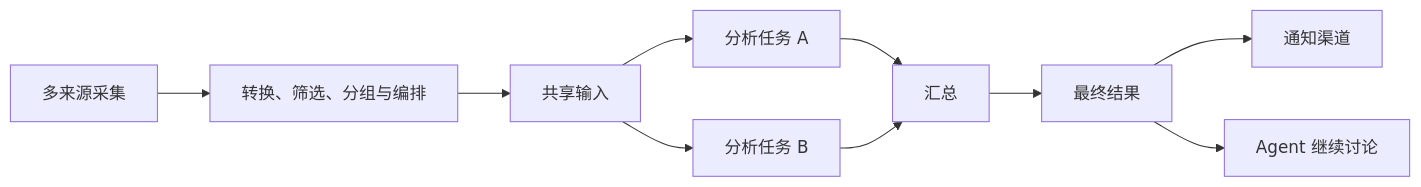
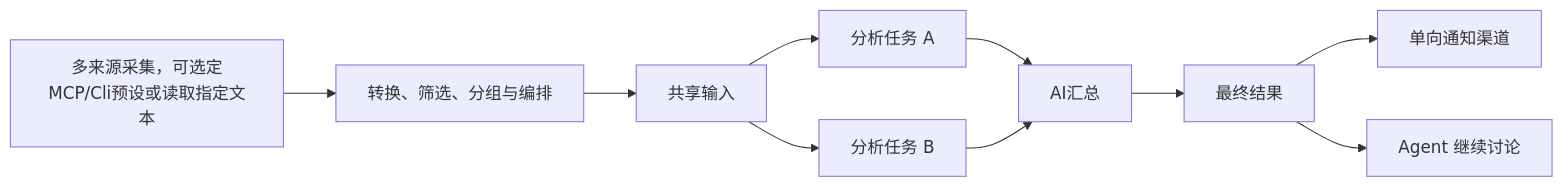
The diagram in README.md (striiiiiing/WorkFLowWeave), drawn with Mermaid before and after one commit. The commit also changed other lines of this file and 48 other files, not shown here.

````diff
--- a/README.md
+++ b/README.md
@@ -33,12 +25,12 @@
 ```mermaid
 flowchart LR
-    A["多来源采集"] --> B["转换、筛选、分组与编排"]
+    A["多来源采集，可选定MCP/Cli预设或读取指定文本"] --> B["转换、筛选、分组与编排"]
     B --> C[共享输入]
     C --> D[分析任务 A]
     C --> E[分析任务 B]
-    D --> F[汇总]
+    D --> F[AI汇总]
     E --> F
     F --> G[最终结果]
-    G --> H[通知渠道]
+    G --> H[单向通知渠道]
     G --> I[Agent 继续讨论]
 ```
````
